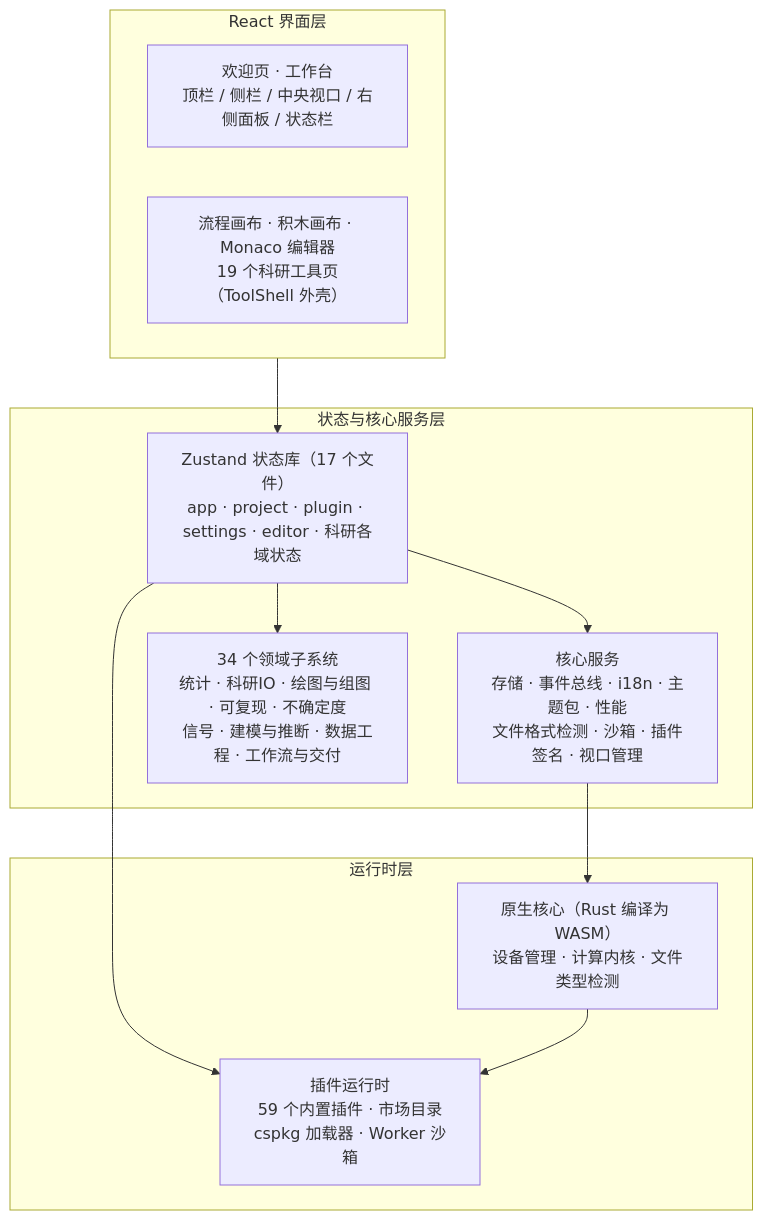
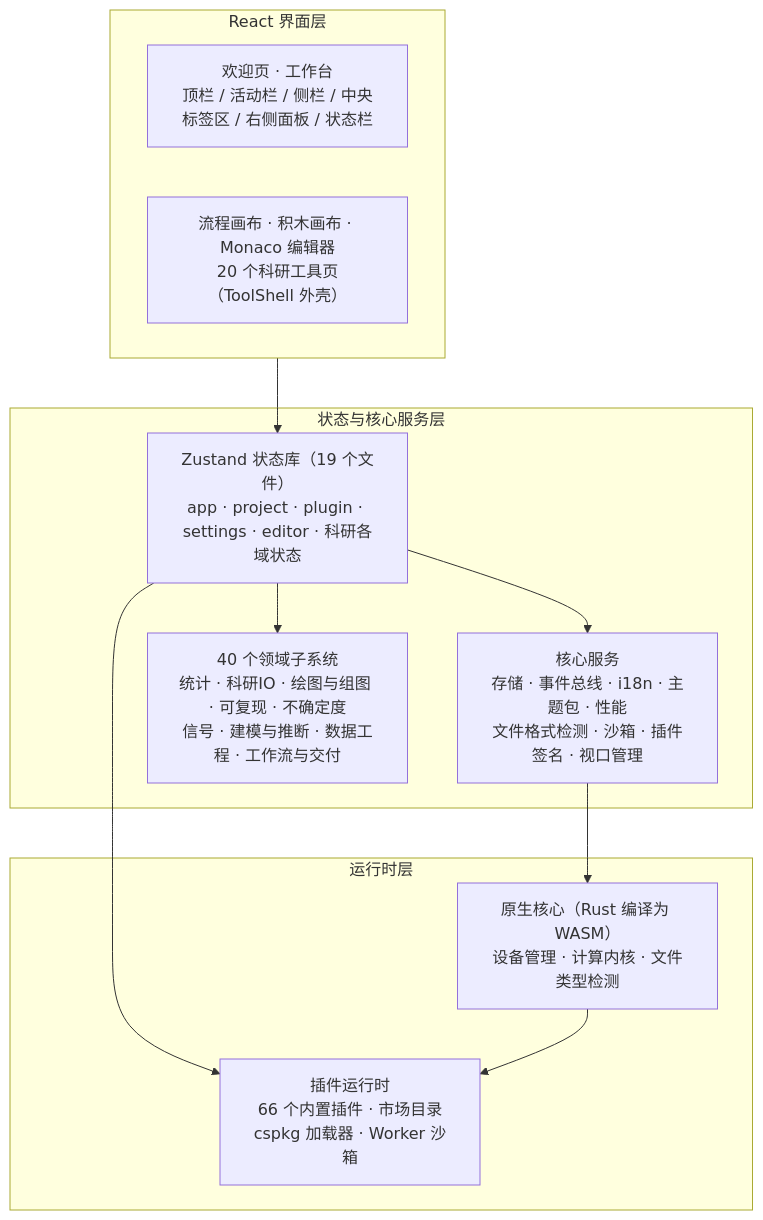
The second of 3 diagrams in docs/technical/01-产品介绍.md (SnowLeopard-io/ErgalicsStudio), drawn with Mermaid before and after one commit. The commit also changed other lines of this file and 128 other files, not shown here.

````diff
--- a/docs/technical/01-产品介绍.md
+++ b/docs/technical/01-产品介绍.md
@@ -100,22 +102,22 @@
 ```mermaid
 flowchart TB
     subgraph UI["React 界面层"]
-        A1["欢迎页 · 工作台<br/>顶栏 / 侧栏 / 中央视口 / 右侧面板 / 状态栏"]
-        A2["流程画布 · 积木画布 · Monaco 编辑器<br/>19 个科研工具页（ToolShell 外壳）"]
+        A1["欢迎页 · 工作台<br/>顶栏 / 活动栏 / 侧栏 / 中央标签区 / 右侧面板 / 状态栏"]
+        A2["流程画布 · 积木画布 · Monaco 编辑器<br/>20 个科研工具页（ToolShell 外壳）"]
     end
     subgraph State["状态与核心服务层"]
-        B1["Zustand 状态库（17 个文件）<br/>app · project · plugin · settings · editor · 科研各域状态"]
+        B1["Zustand 状态库（19 个文件）<br/>app · project · plugin · settings · editor · 科研各域状态"]
         B2["核心服务<br/>存储 · 事件总线 · i18n · 主题包 · 性能<br/>文件格式检测 · 沙箱 · 插件签名 · 视口管理"]
-        B3["34 个领域子系统<br/>统计 · 科研IO · 绘图与组图 · 可复现 · 不确定度<br/>信号 · 建模与推断 · 数据工程 · 工作流与交付"]
+        B3["40 个领域子系统<br/>统计 · 科研IO · 绘图与组图 · 可复现 · 不确定度<br/>信号 · 建模与推断 · 数据工程 · 工作流与交付"]
     end
     subgraph Runtime["运行时层"]
-        C1["插件运行时<br/>59 个内置插件 · 市场目录<br/>cspkg 加载器 · Worker 沙箱"]
+        C1["插件运行时<br/>66 个内置插件 · 市场目录<br/>cspkg 加载器 · Worker 沙箱"]
         C2["原生核心（Rust 编译为 WASM）<br/>设备管理 · 计算内核 · 文件类型检测"]
     end
     UI --> B1
     B1 --> B2
     B1 --> B3
     B1 --> C1
     B2 --> C2
     C2 --> C1
 ```
````
